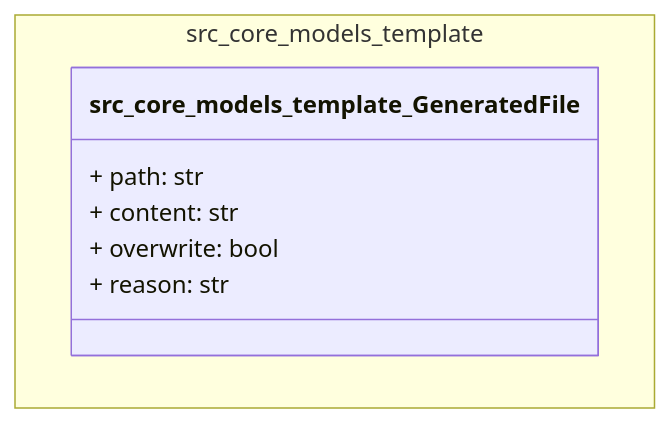
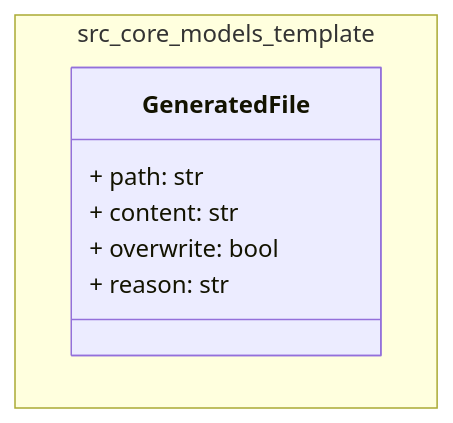
One commit to cyberpunk042/devops-control-plane changed diagram 15 of 35 in docs/diagrams/class_architecture.md. Above: the diagram before and after it, drawn with Mermaid. The commit also changed other lines of this file and 3 other files, not shown here.

````diff
--- a/docs/diagrams/class_architecture.md
+++ b/docs/diagrams/class_architecture.md
@@ -723,14 +723,14 @@
 ```mermaid
 classDiagram
     direction TD
 
     namespace src_core_models_template {
-        class src_core_models_template_GeneratedFile {
+        class GeneratedFile {
             + path: str
             + content: str
             + overwrite: bool
             + reason: str
         }
     }
 
 ```
````
